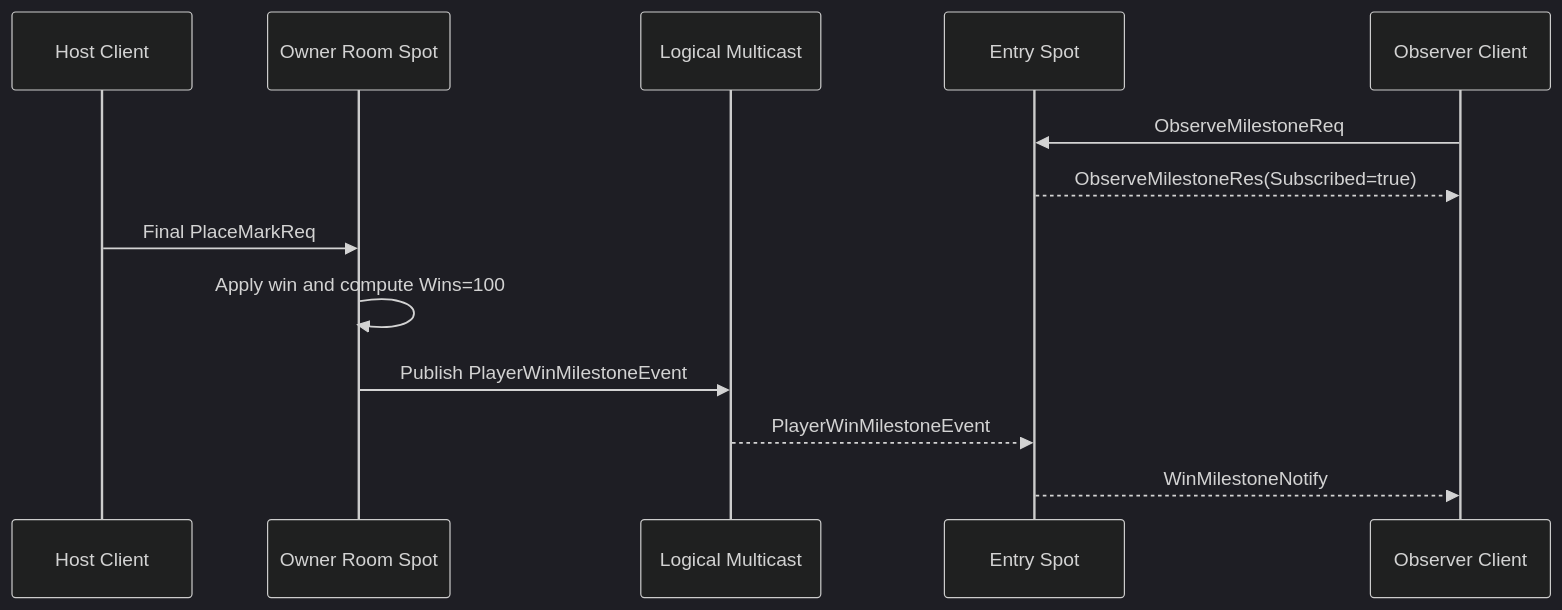
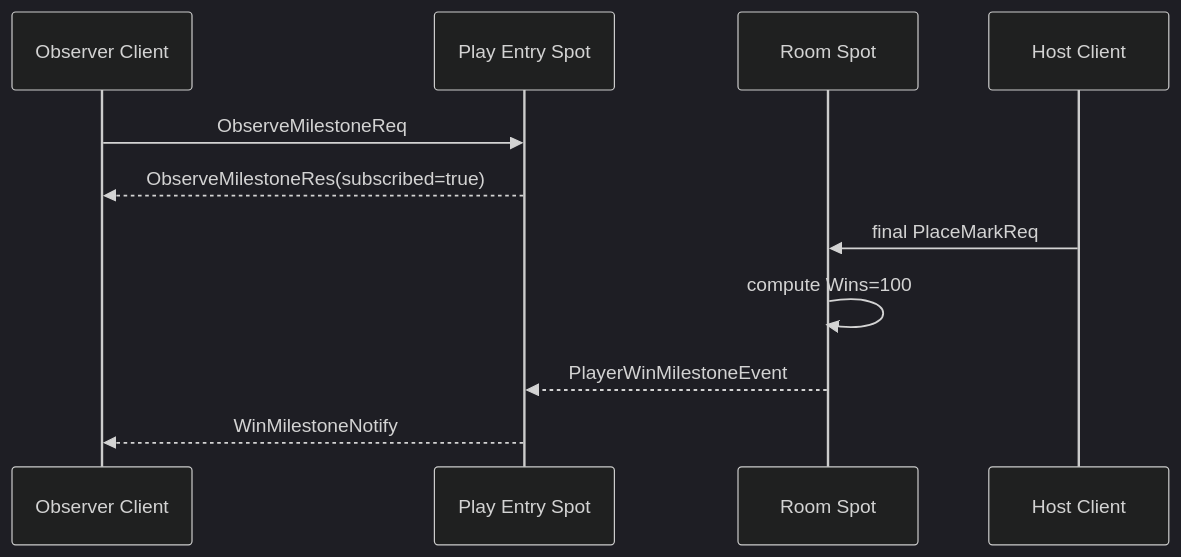
Before and after one commit to kairos-code-dev/zlink: the fourth of 5 diagrams in framework/doc/framework/common/sample/tictactoe/README.ko.md, drawn with Mermaid (dark theme). The commit also changed other lines of this file and 39 other files, not shown here.

````diff
--- a/framework/doc/framework/common/sample/tictactoe/README.ko.md
+++ b/framework/doc/framework/common/sample/tictactoe/README.ko.md
@@ -802,16 +380,14 @@
 ```mermaid
 sequenceDiagram
-    participant HOST as Host Client
-    participant ROOM as Owner Room Spot
-    participant MULTICAST as Logical Multicast
-    participant ENTRY as Entry Spot
-    participant OBS as Observer Client
+    participant O as Observer Client
+    participant E as Play Entry Spot
+    participant R as Room Spot
+    participant H as Host Client
 
-    OBS->>ENTRY: ObserveMilestoneReq
-    ENTRY-->>OBS: ObserveMilestoneRes(Subscribed=true)
-    HOST->>ROOM: Final PlaceMarkReq
-    ROOM->>ROOM: Apply win and compute Wins=100
-    ROOM->>MULTICAST: Publish PlayerWinMilestoneEvent
-    MULTICAST-->>ENTRY: PlayerWinMilestoneEvent
-    ENTRY-->>OBS: WinMilestoneNotify
+    O->>E: ObserveMilestoneReq
+    E-->>O: ObserveMilestoneRes(subscribed=true)
+    H->>R: final PlaceMarkReq
+    R->>R: compute Wins=100
+    R-->>E: PlayerWinMilestoneEvent
+    E-->>O: WinMilestoneNotify
 ```
````
